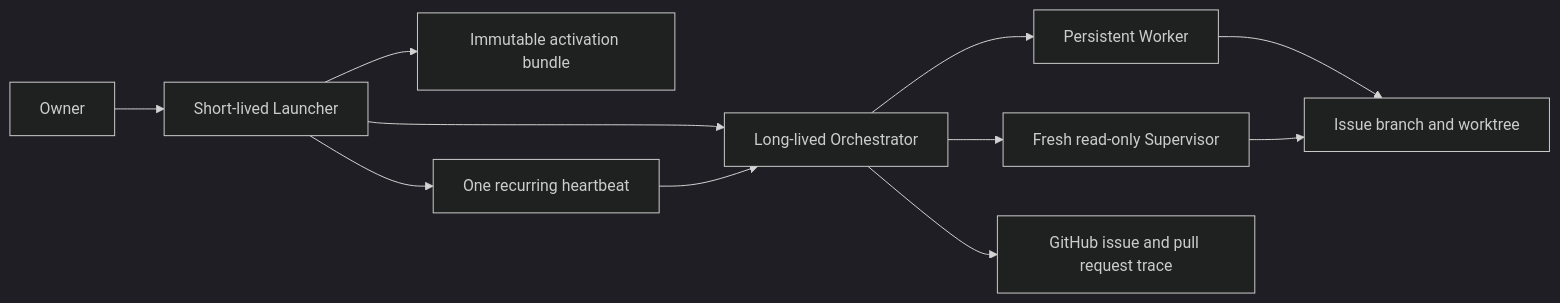
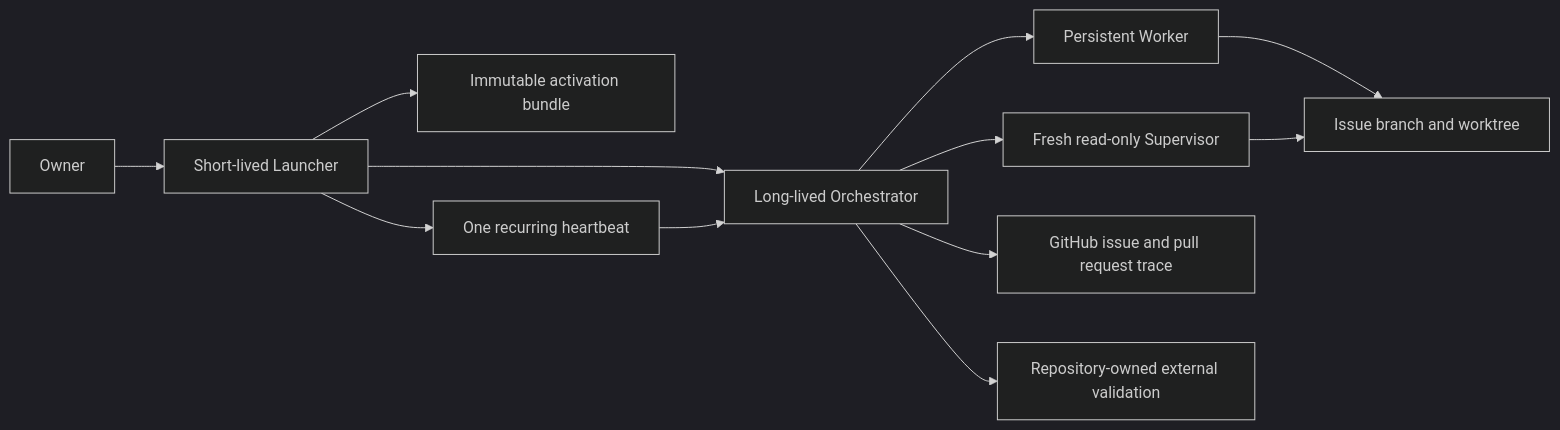
The first of 2 diagrams in README.md (ythdelmar68/roundlet), drawn with Mermaid (dark theme) before and after one commit. The commit also changed other lines of this file and 5 other files, not shown here.

````diff
--- a/README.md
+++ b/README.md
@@ -19,13 +19,14 @@
 ```mermaid
 flowchart LR
     O["Owner"] --> L["Short-lived Launcher"]
     L --> C["Immutable activation bundle"]
     L --> R["Long-lived Orchestrator"]
     L --> H["One recurring heartbeat"]
     H --> R
     R --> W["Persistent Worker"]
     R --> S["Fresh read-only Supervisor"]
     W --> G["Issue branch and worktree"]
     S --> G
     R --> GH["GitHub issue and pull request trace"]
+    R --> EV["Repository-owned external validation"]
 ```
````
